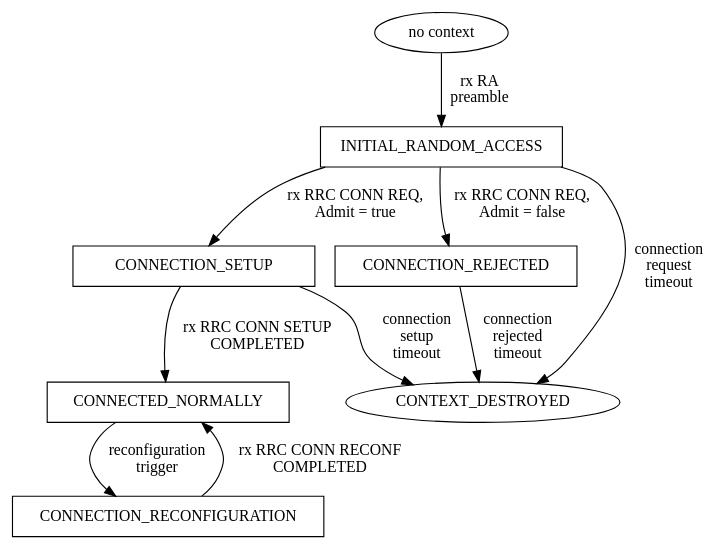
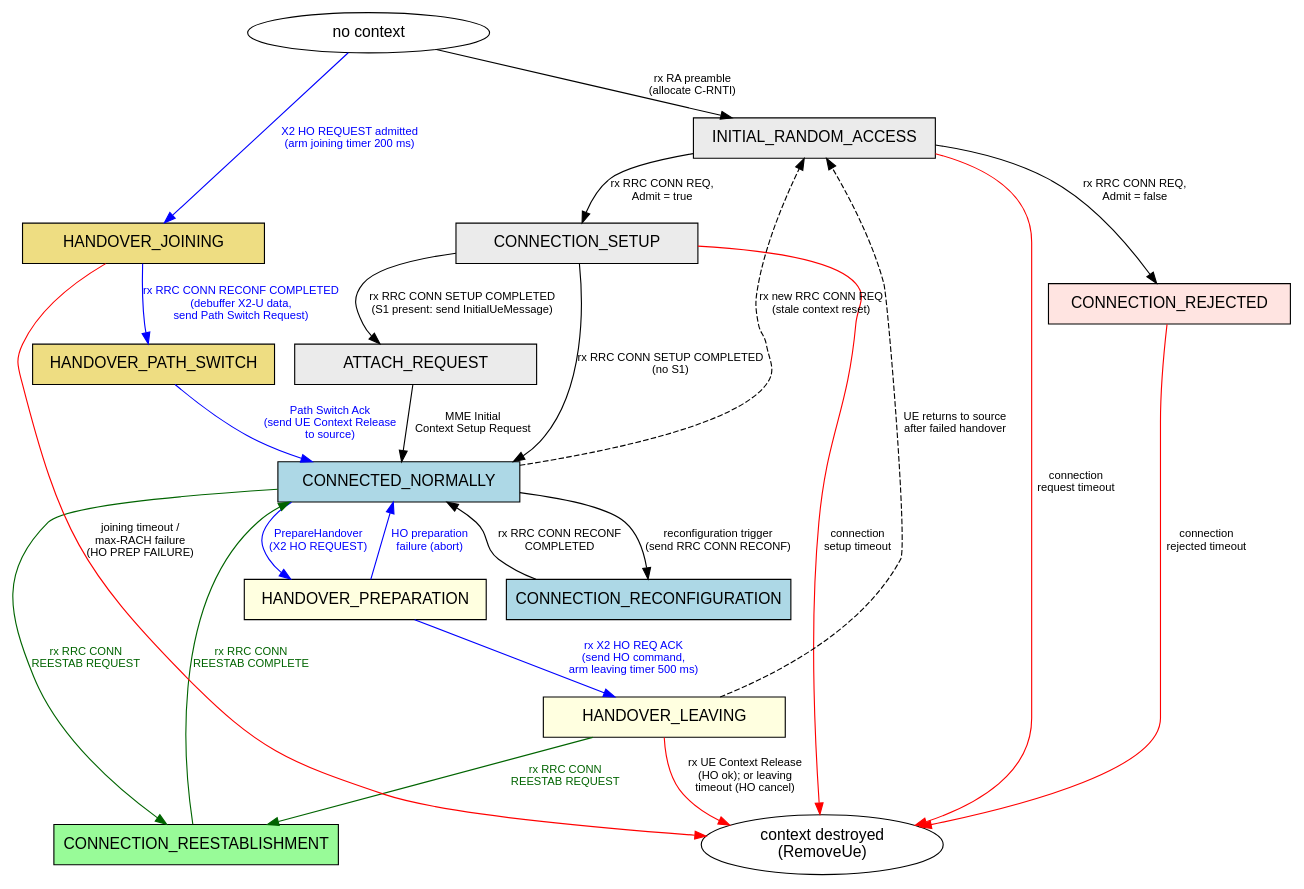
Before and after one commit to sjeon87/nr: the diagram in doc/source/figures/rrc/nr-gnb-rrc-states.dot, drawn with Graphviz. The commit also changed 96 other files, not shown here.

```diff
--- a/doc/source/figures/rrc/nr-gnb-rrc-states.dot
+++ b/doc/source/figures/rrc/nr-gnb-rrc-states.dot
@@ -1,22 +1,74 @@
 digraph NrGnbRrcStates {
 
+    rankdir=TB;
+    node [shape="box", width=3, style="filled", fillcolor="white", fontname="Helvetica"];
+    edge [fontname="Helvetica", fontsize=10];
 
-NO_CONTEXT [shape="ellipse", label="no context"]
-INITIAL_RANDOM_ACCESS [shape="box",width=3]
-CONNECTION_SETUP [shape="box",width=3]
-CONNECTION_REJECTED [shape="box",width=3]
-CONNECTED_NORMALLY [shape="box",width=3]
-CONNECTION_RECONFIGURATION [shape="box",width=3]
+    // ---- Per-UE state held in NrUeManager (model/nr-gnb-rrc.h) ----
+    NO_CONTEXT        [shape="ellipse", label="no context"]
+    CONTEXT_DESTROYED [shape="ellipse", label="context destroyed\n(RemoveUe)"]
+    INITIAL_RANDOM_ACCESS      [fillcolor="gray92"]
+    CONNECTION_SETUP           [fillcolor="gray92"]
+    CONNECTION_REJECTED        [fillcolor="mistyrose"]
+    ATTACH_REQUEST             [fillcolor="gray92"]
+    CONNECTED_NORMALLY         [fillcolor="lightblue"]
+    CONNECTION_RECONFIGURATION [fillcolor="lightblue"]
+    CONNECTION_REESTABLISHMENT [fillcolor="palegreen"]
+    HANDOVER_PREPARATION       [fillcolor="lightyellow"]
+    HANDOVER_LEAVING           [fillcolor="lightyellow"]
+    HANDOVER_JOINING           [fillcolor="lightgoldenrod"]
+    HANDOVER_PATH_SWITCH       [fillcolor="lightgoldenrod"]
 
-// connection establishment
-NO_CONTEXT -> INITIAL_RANDOM_ACCESS [label="rx RA\npreamble"]
-INITIAL_RANDOM_ACCESS -> CONNECTION_REJECTED [label="rx RRC CONN REQ,\nAdmit = false"]
-CONNECTION_REJECTED -> CONTEXT_DESTROYED [label="connection\nrejected\ntimeout"]
-INITIAL_RANDOM_ACCESS -> CONTEXT_DESTROYED [label="connection\nrequest\ntimeout"]
-INITIAL_RANDOM_ACCESS -> CONNECTION_SETUP [label="rx RRC CONN REQ,\nAdmit = true"]
-CONNECTION_SETUP -> CONTEXT_DESTROYED [label="connection\nsetup\ntimeout"]
-CONNECTION_SETUP -> CONNECTED_NORMALLY [label="rx RRC CONN SETUP\nCOMPLETED"]
-CONNECTED_NORMALLY -> CONNECTION_RECONFIGURATION [label="reconfiguration\ntrigger"]
-CONNECTION_RECONFIGURATION -> CONNECTED_NORMALLY [label="rx RRC CONN RECONF\nCOMPLETED"]
+    // ===================== Connection establishment =====================
+    // INITIAL_RANDOM_ACCESS is entry-only (created on RA preamble; SwitchToState forbids re-entry)
+    NO_CONTEXT -> INITIAL_RANDOM_ACCESS [label="rx RA preamble\n(allocate C-RNTI)"]
+    INITIAL_RANDOM_ACCESS -> CONNECTION_SETUP   [label="rx RRC CONN REQ,\nAdmit = true"]
+    INITIAL_RANDOM_ACCESS -> CONNECTION_REJECTED [label="rx RRC CONN REQ,\nAdmit = false"]
+    INITIAL_RANDOM_ACCESS -> CONTEXT_DESTROYED  [color="red", label="connection\nrequest timeout"]
+    CONNECTION_REJECTED -> CONTEXT_DESTROYED     [color="red", label="connection\nrejected timeout"]
+    CONNECTION_SETUP -> CONTEXT_DESTROYED        [color="red", label="connection\nsetup timeout"]
 
+    // EPC / S1 attach branch vs. no-S1 direct
+    CONNECTION_SETUP -> ATTACH_REQUEST     [label="rx RRC CONN SETUP COMPLETED\n(S1 present: send InitialUeMessage)"]
+    ATTACH_REQUEST -> CONNECTED_NORMALLY   [label="MME Initial\nContext Setup Request"]
+    CONNECTION_SETUP -> CONNECTED_NORMALLY [label="rx RRC CONN SETUP COMPLETED\n(no S1)"]
+
+    // ======================= Reconfiguration =======================
+    CONNECTED_NORMALLY -> CONNECTION_RECONFIGURATION [label="reconfiguration trigger\n(send RRC CONN RECONF)"]
+    CONNECTION_RECONFIGURATION -> CONNECTED_NORMALLY [label="rx RRC CONN RECONF\nCOMPLETED"]
+
+    // ===================== Handover - source gNB =====================
+    CONNECTED_NORMALLY -> HANDOVER_PREPARATION [color="blue", fontcolor="blue",
+                          label="PrepareHandover\n(X2 HO REQUEST)"]
+    HANDOVER_PREPARATION -> HANDOVER_LEAVING   [color="blue", fontcolor="blue",
+                          label="rx X2 HO REQ ACK\n(send HO command,\narm leaving timer 500 ms)"]
+    HANDOVER_PREPARATION -> CONNECTED_NORMALLY [color="blue", fontcolor="blue",
+                          label="HO preparation\nfailure (abort)"]
+    HANDOVER_LEAVING -> CONTEXT_DESTROYED      [color="red",
+                          label="rx UE Context Release\n(HO ok); or leaving\ntimeout (HO cancel)"]
+
+    // ===================== Handover - target gNB =====================
+    // HANDOVER_JOINING is entry-only (created when an X2 HO REQUEST is admitted)
+    NO_CONTEXT -> HANDOVER_JOINING [color="blue", fontcolor="blue",
+                          label="X2 HO REQUEST admitted\n(arm joining timer 200 ms)"]
+    HANDOVER_JOINING -> HANDOVER_PATH_SWITCH [color="blue", fontcolor="blue",
+                          label="rx RRC CONN RECONF COMPLETED\n(debuffer X2-U data,\nsend Path Switch Request)"]
+    HANDOVER_PATH_SWITCH -> CONNECTED_NORMALLY [color="blue", fontcolor="blue",
+                          label="Path Switch Ack\n(send UE Context Release\nto source)"]
+    HANDOVER_JOINING -> CONTEXT_DESTROYED [color="red",
+                          label="joining timeout /\nmax-RACH failure\n(HO PREP FAILURE)"]
+
+    // ===================== RRC re-establishment =====================
+    CONNECTED_NORMALLY -> CONNECTION_REESTABLISHMENT [color="darkgreen", fontcolor="darkgreen",
+                          label="rx RRC CONN\nREESTAB REQUEST"]
+    HANDOVER_LEAVING -> CONNECTION_REESTABLISHMENT   [color="darkgreen", fontcolor="darkgreen",
+                          label="rx RRC CONN\nREESTAB REQUEST"]
+    CONNECTION_REESTABLISHMENT -> CONNECTED_NORMALLY [color="darkgreen", fontcolor="darkgreen",
+                          label="rx RRC CONN\nREESTAB COMPLETE"]
+
+    // ============ Stale-context resets (direct m_state =, recovery) ============
+    CONNECTED_NORMALLY -> INITIAL_RANDOM_ACCESS [style="dashed",
+                          label="rx new RRC CONN REQ\n(stale context reset)"]
+    HANDOVER_LEAVING -> INITIAL_RANDOM_ACCESS   [style="dashed",
+                          label="UE returns to source\nafter failed handover"]
 }
```
